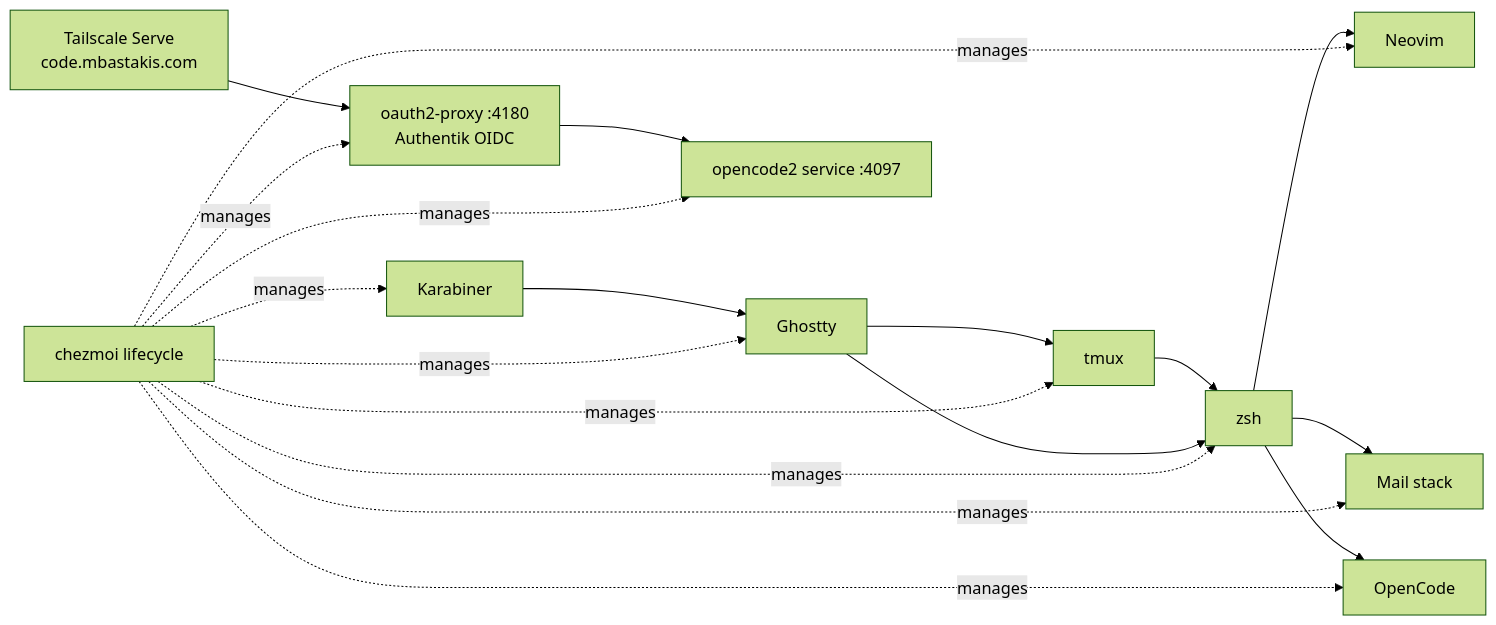
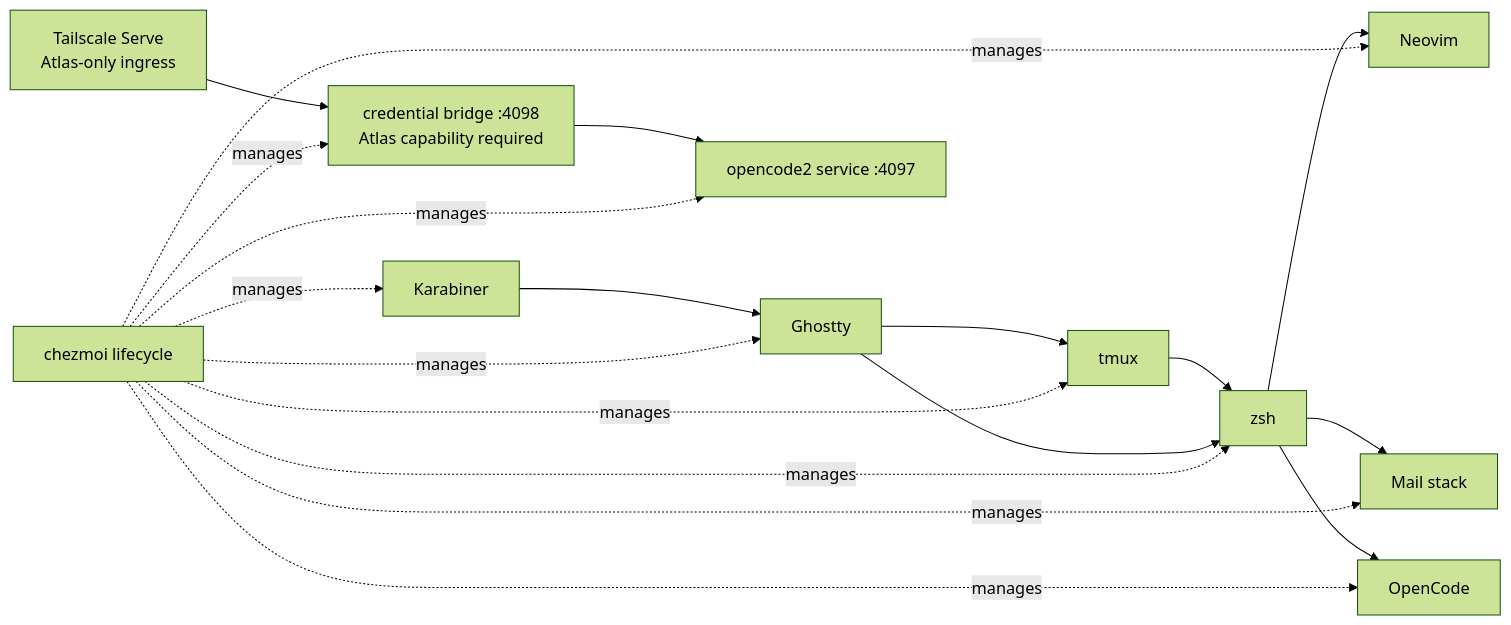
One commit to mbastakis/dotfiles changed the first of 3 diagrams in docs/architecture.md. Above: the diagram before and after it, drawn with Mermaid (forest theme). The commit also changed other lines of this file and 65 other files, not shown here.

````diff
--- a/docs/architecture.md
+++ b/docs/architecture.md
@@ -7,11 +7,11 @@
 ```mermaid
 flowchart LR
   K[Karabiner] --> G[Ghostty] --> T[tmux] --> Z[zsh]
   G --> Z
   Z --> N[Neovim]
   Z --> M[Mail stack]
   Z --> O[OpenCode]
-  P[oauth2-proxy :4180<br/>Authentik OIDC] --> OB[opencode2 service :4097]
-  TS[Tailscale Serve<br/>code.mbastakis.com] --> P
-  C[chezmoi lifecycle] -.manages.-> K & G & T & Z & N & M & O & OB & P
+  B[credential bridge :4098<br/>Atlas capability required] --> OB[opencode2 service :4097]
+  TS[Tailscale Serve<br/>Atlas-only ingress] --> B
+  C[chezmoi lifecycle] -.manages.-> K & G & T & Z & N & M & O & OB & B
 ```
````
